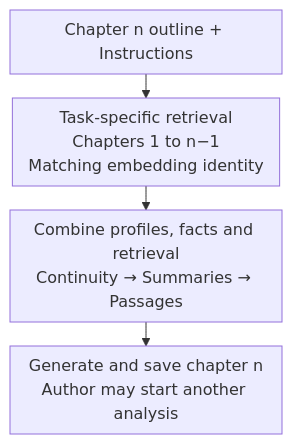
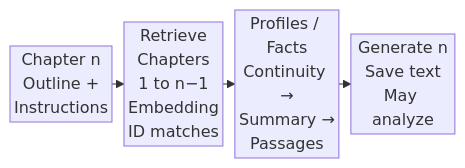
The fifth of 18 diagrams in README.en.md (GTJasonMK/A4N), drawn with Mermaid before and after one commit. The commit also changed other lines of this file and 2 other files, not shown here.

````diff
--- a/README.en.md
+++ b/README.en.md
@@ -139,12 +139,12 @@
 ```mermaid
 ---
 config:
-  flowchart: { nodeSpacing: 20, rankSpacing: 24, padding: 8, wrappingWidth: 240 }
+  flowchart: { nodeSpacing: 16, rankSpacing: 12, padding: 2, wrappingWidth: 96 }
 ---
-flowchart TB
+flowchart LR
   accTitle: How earlier story material informs the next chapter
   accDescr: The current outline and writing instructions drive retrieval from chapters one to n−1 with a matching embedding identity. Profiles, facts and retrieved material form the context for chapter n. After saving, the author may start another analysis.
-  intent["Chapter n outline + Instructions"] --> retrieval["Task-specific retrieval<br/>Chapters 1 to n−1<br/>Matching embedding identity"]
-  retrieval --> context["Combine profiles, facts and retrieval<br/>Continuity → Summaries → Passages"]
-  context --> saved["Generate and save chapter n<br/>Author may start another analysis"]
+  intent["Chapter n<br/>Outline +<br/>Instructions"] --> retrieval["Retrieve<br/>Chapters<br/>1 to n−1<br/>Embedding<br/>ID matches"]
+  retrieval --> context["Profiles / Facts<br/>Continuity →<br/>Summary →<br/>Passages"]
+  context --> saved["Generate n<br/>Save text<br/>May analyze"]
 ```
````
